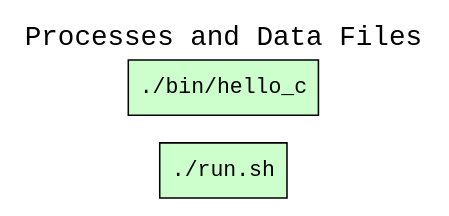
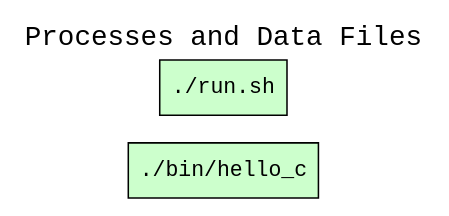
Before and after one commit to CIRSS/cpr: the diagram in examples/03-hello-c/graphs/wt_processes_and_data_files.dot, drawn with Graphviz. The commit also changed other lines of this file and 26 other files, not shown here.

```diff
--- a/examples/03-hello-c/graphs/wt_processes_and_data_files.dot
+++ b/examples/03-hello-c/graphs/wt_processes_and_data_files.dot
@@ -1,10 +1,10 @@
 
 digraph wt_run {
 rankdir=LR
 fontname=Courier; fontsize=18; labelloc=t
 label="Processes and Data Files"
 node[shape=box style="filled" fillcolor="#CCFFCC" peripheries=1 fontname=Courier]
+"exe:e2" [label="./bin/hello_c"]
 "exe:e1" [label="./run.sh"]
-"exe:e2" [label="./bin/hello_c"]
 node[shape=box style="rounded,filled" fillcolor="#FFFFCC" peripheries=1 fontname=Helvetica]
 }
```
